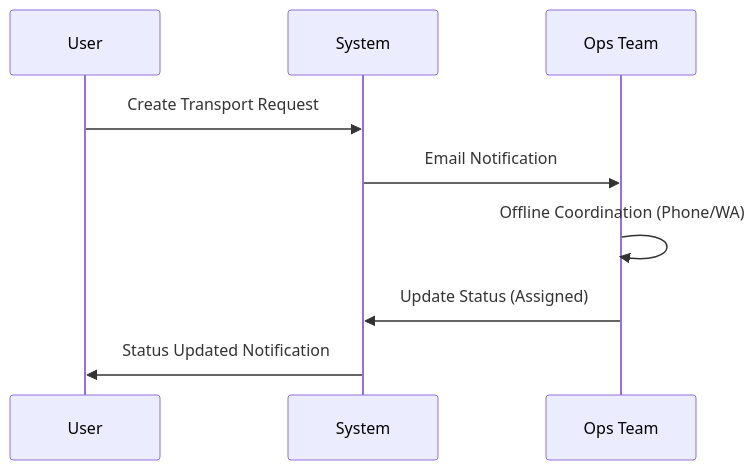
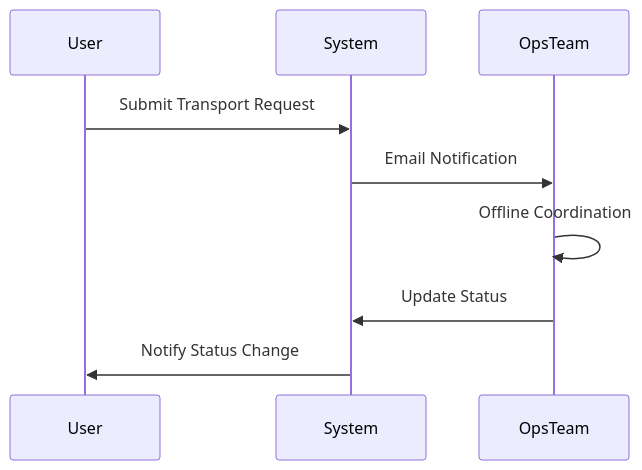
The eighth of 12 diagrams in docs/WORKFLOW_ARCHITECTURE.md (mmuaibed/Tadweerah-Hub), drawn with Mermaid before and after one commit. The commit also changed other lines of this file, not shown here.

Commit message:
docs: restructure workflow architecture to separate current vs future scope and add licensed transporter and recycled materials markets

````diff
--- a/docs/WORKFLOW_ARCHITECTURE.md
+++ b/docs/WORKFLOW_ARCHITECTURE.md
@@ -174,12 +278,12 @@
 ```mermaid
 sequenceDiagram
-    participant U as User
-    participant S as System
-    participant O as Ops Team
+    participant User
+    participant System
+    participant OpsTeam
     
-    U->>S: Create Transport Request
-    S->>O: Email Notification
-    O->>O: Offline Coordination (Phone/WA)
-    O->>S: Update Status (Assigned)
-    S->>U: Status Updated Notification
+    User->>System: Submit Transport Request
+    System->>OpsTeam: Email Notification
+    OpsTeam->>OpsTeam: Offline Coordination
+    OpsTeam->>System: Update Status
+    System->>User: Notify Status Change
 ```
````
